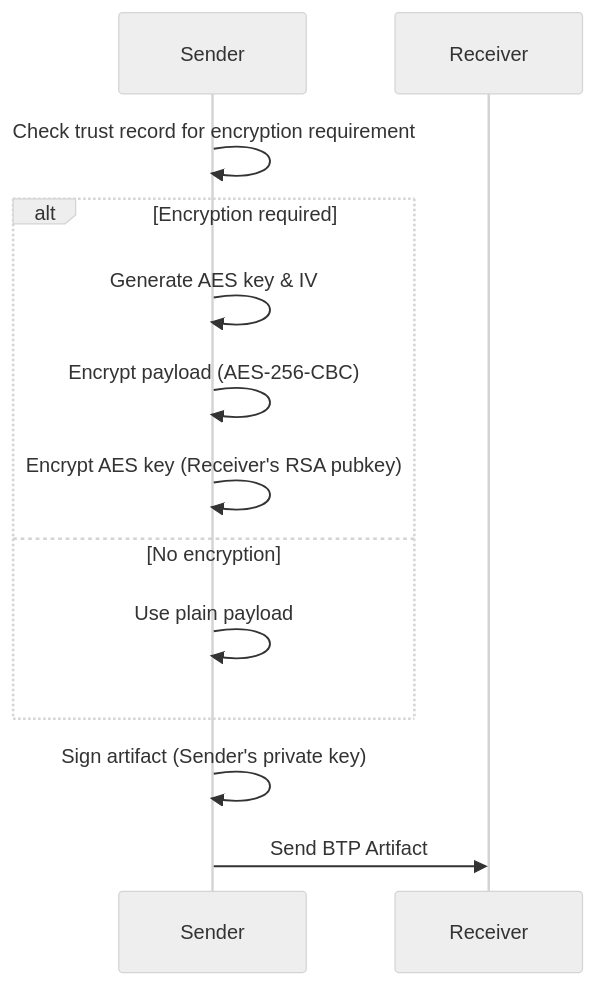
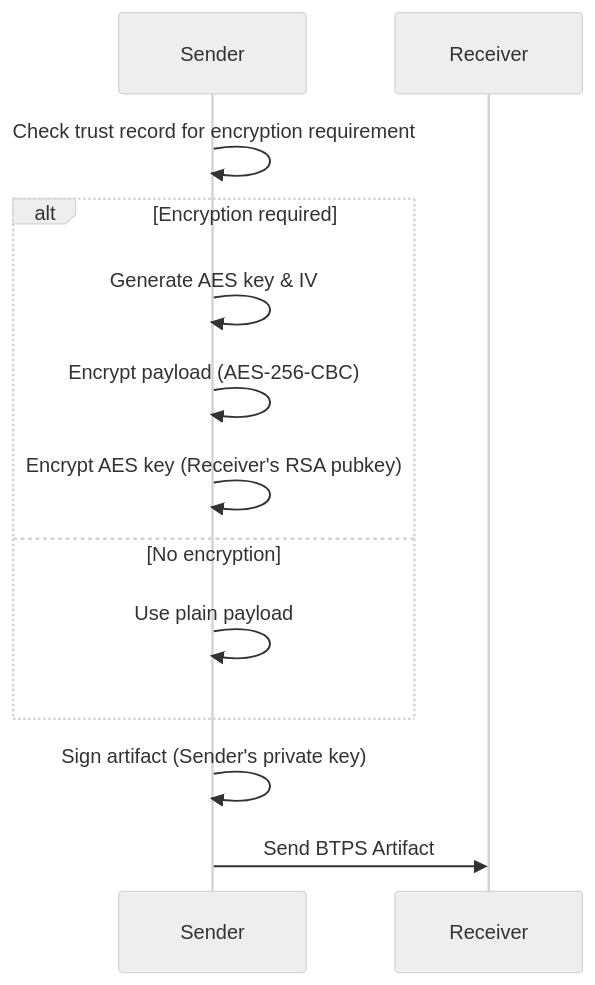
One commit to openbtps/btps-node changed the diagram in docs/docusaurus/docs/protocol/security/encryption.md. Above: the diagram before and after it, drawn with Mermaid (neutral theme). The commit also changed other lines of this file and 19 other files, not shown here.

Commit message:
- updated BTP word to BTPS

````diff
--- a/docs/docusaurus/docs/protocol/security/encryption.md
+++ b/docs/docusaurus/docs/protocol/security/encryption.md
@@ -35,15 +37,15 @@
 ```mermaid
 sequenceDiagram
     participant Sender
     participant Receiver
     Sender->>Sender: Check trust record for encryption requirement
     alt Encryption required
         Sender->>Sender: Generate AES key & IV
         Sender->>Sender: Encrypt payload (AES-256-CBC)
         Sender->>Sender: Encrypt AES key (Receiver's RSA pubkey)
     else No encryption
         Sender->>Sender: Use plain payload
     end
     Sender->>Sender: Sign artifact (Sender's private key)
-    Sender->>Receiver: Send BTP Artifact
+    Sender->>Receiver: Send BTPS Artifact
 ```
````
